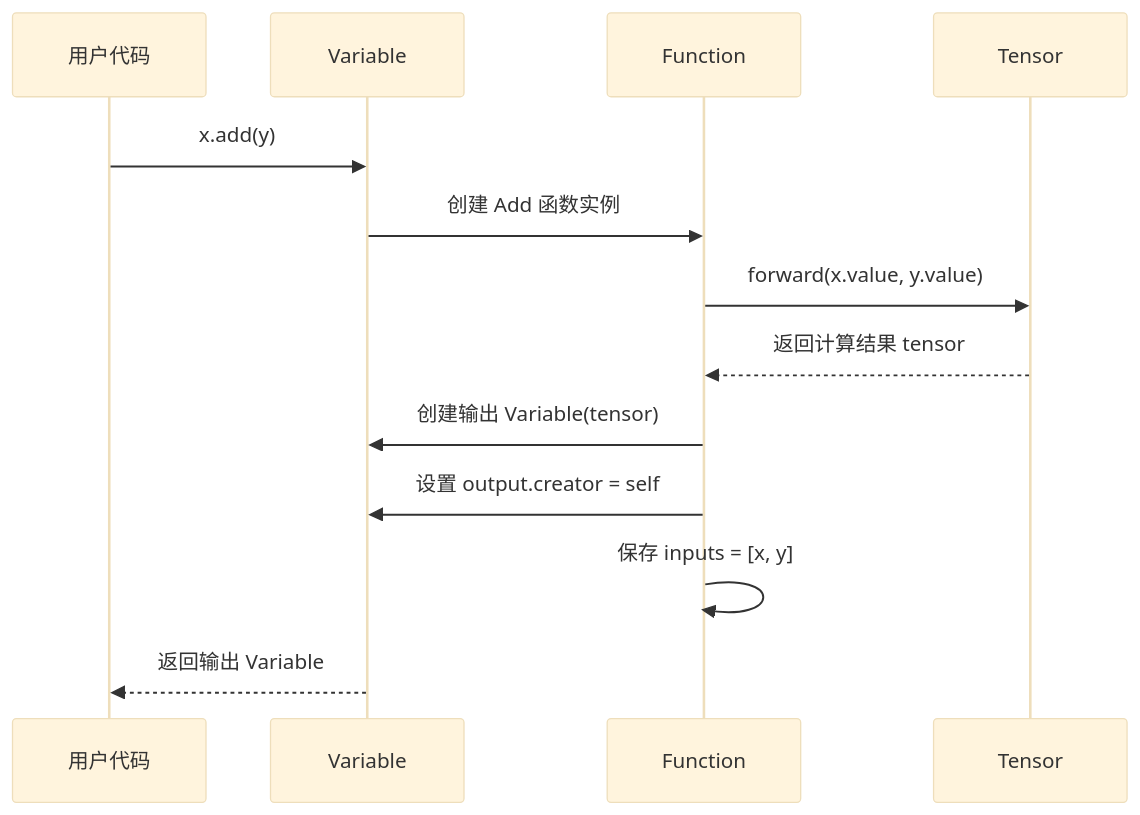
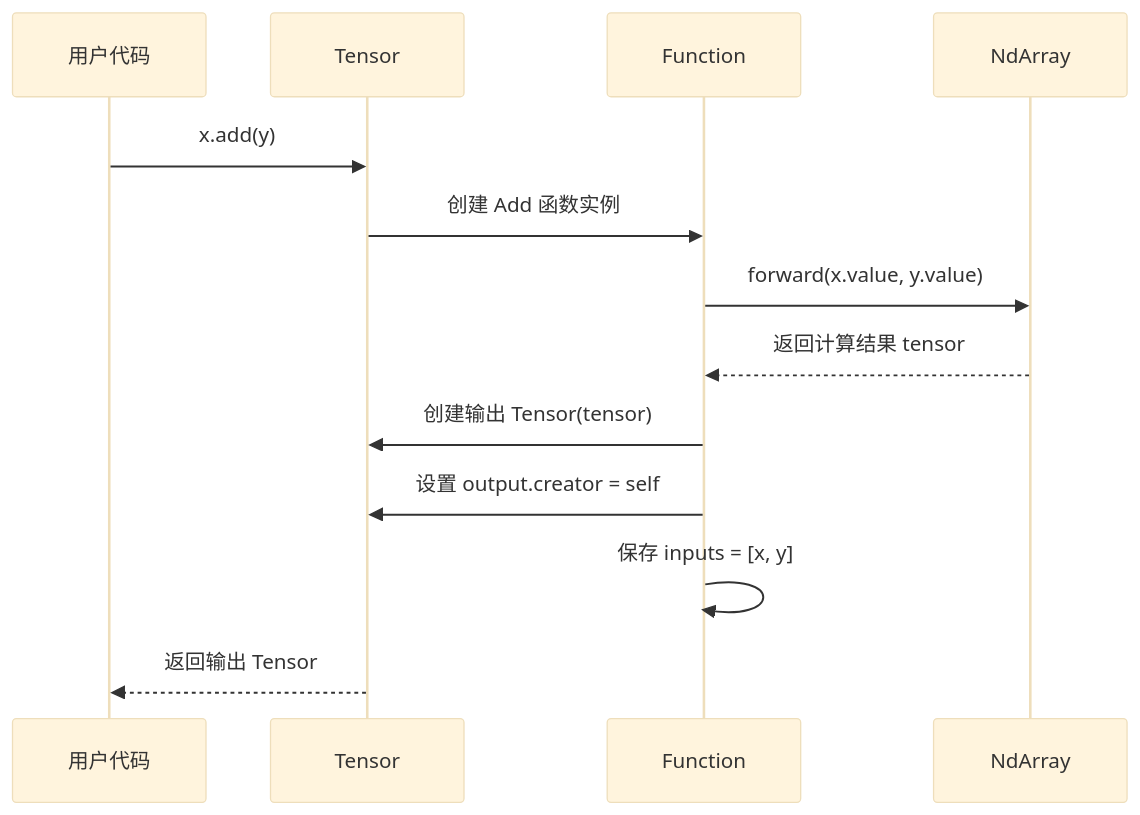
The third of 7 diagrams in docs/方案.md (Leavesfly/tinyTorch), drawn with Mermaid (base theme) before and after one commit. The commit also changed other lines of this file and 47 other files, not shown here.

````diff
--- a/docs/方案.md
+++ b/docs/方案.md
@@ -297,16 +297,16 @@
 ```mermaid
 sequenceDiagram
     participant User as 用户代码
-    participant Var as Variable
+    participant Var as Tensor
     participant Func as Function
-    participant Tensor as Tensor
+    participant NdArray as NdArray
     
     User->>Var: x.add(y)
     Var->>Func: 创建 Add 函数实例
-    Func->>Tensor: forward(x.value, y.value)
-    Tensor-->>Func: 返回计算结果 tensor
-    Func->>Var: 创建输出 Variable(tensor)
+    Func->>NdArray: forward(x.value, y.value)
+    NdArray-->>Func: 返回计算结果 tensor
+    Func->>Var: 创建输出 Tensor(tensor)
     Func->>Var: 设置 output.creator = self
     Func->>Func: 保存 inputs = [x, y]
-    Var-->>User: 返回输出 Variable
+    Var-->>User: 返回输出 Tensor
 ```
````
